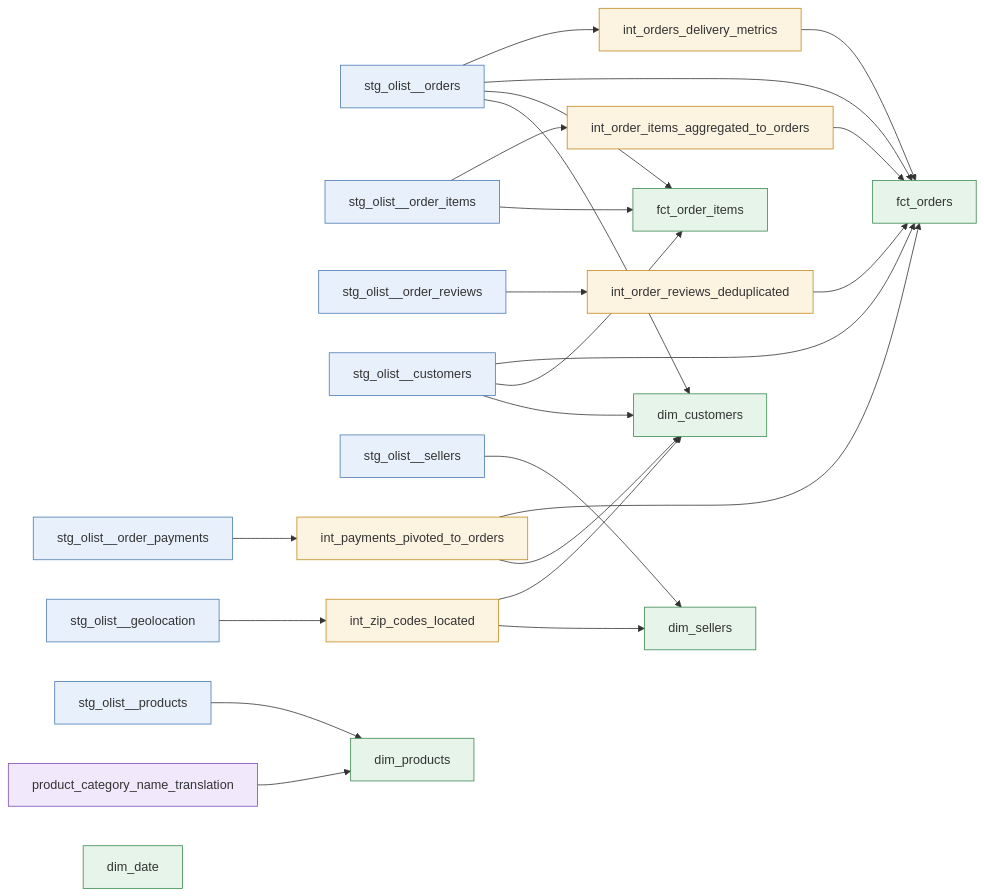
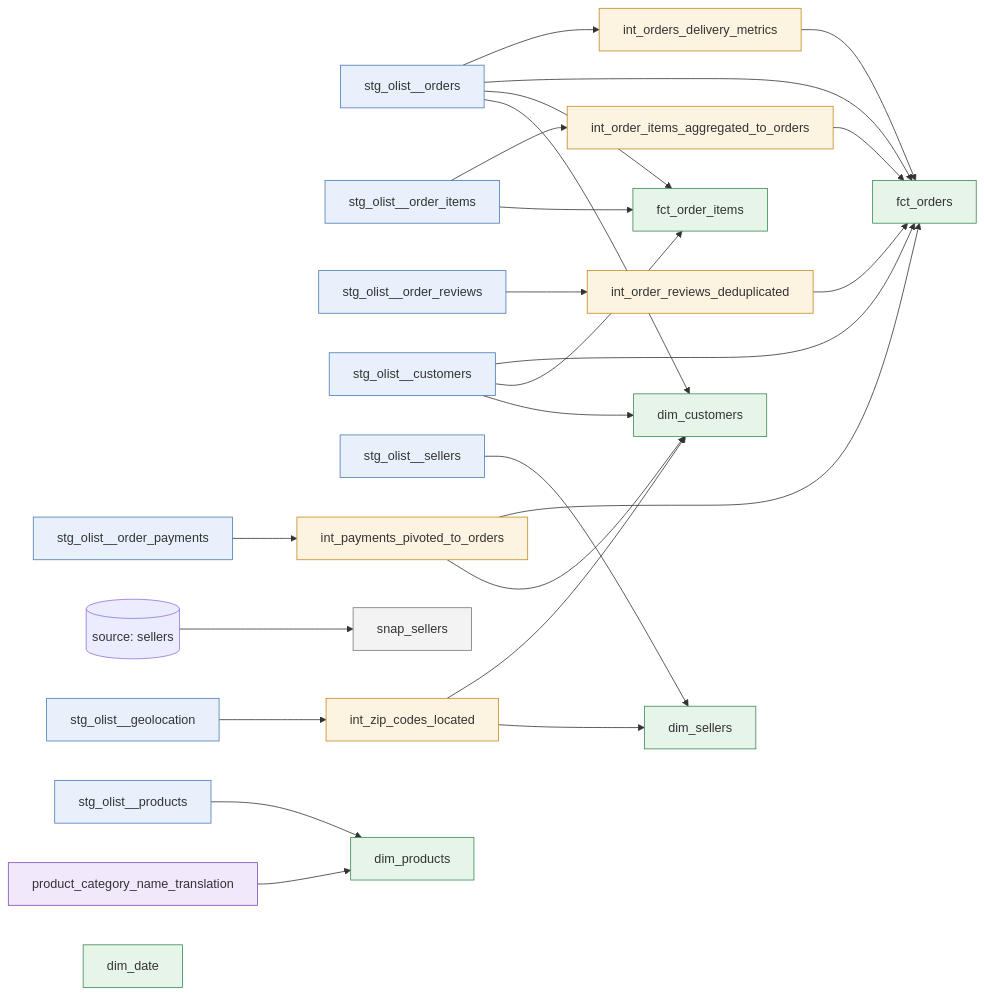
One commit to ShuCiG/olist-analytics-dbt changed the second of 4 diagrams in README.md. Above: the diagram before and after it, drawn with Mermaid. The commit also changed other lines of this file and 15 other files, not shown here.

````diff
--- a/README.md
+++ b/README.md
@@ -43,58 +44,63 @@
 ```mermaid
 flowchart LR
     classDef stg fill:#e8f1fb,stroke:#4a7ab5
     classDef int fill:#fdf3e1,stroke:#c48a1c
     classDef mart fill:#e6f4ea,stroke:#3a8a4f
     classDef seed fill:#f1e8fb,stroke:#7a4ab5
+    classDef snap fill:#f3f3f3,stroke:#777777
 
     stg_orders[stg_olist__orders]:::stg
     stg_items[stg_olist__order_items]:::stg
     stg_payments[stg_olist__order_payments]:::stg
     stg_reviews[stg_olist__order_reviews]:::stg
     stg_customers[stg_olist__customers]:::stg
     stg_products[stg_olist__products]:::stg
     stg_sellers[stg_olist__sellers]:::stg
     stg_geo[stg_olist__geolocation]:::stg
     translation[product_category_name_translation]:::seed
+    src_sellers[(source: sellers)]
+    snap_sellers:::snap
 
     int_pay[int_payments_pivoted_to_orders]:::int
     int_items[int_order_items_aggregated_to_orders]:::int
     int_delivery[int_orders_delivery_metrics]:::int
     int_reviews[int_order_reviews_deduplicated]:::int
     int_zip[int_zip_codes_located]:::int
 
     fct_orders:::mart
     fct_order_items:::mart
     dim_customers:::mart
     dim_sellers:::mart
     dim_products:::mart
     dim_date:::mart
 
     stg_payments --> int_pay
     stg_items --> int_items
     stg_orders --> int_delivery
     stg_reviews --> int_reviews
     stg_geo --> int_zip
 
     stg_orders --> fct_orders
     stg_customers --> fct_orders
     int_items --> fct_orders
     int_pay --> fct_orders
     int_delivery --> fct_orders
     int_reviews --> fct_orders
 
     stg_items --> fct_order_items
     stg_orders --> fct_order_items
     stg_customers --> fct_order_items
 
     stg_customers --> dim_customers
     stg_orders --> dim_customers
     int_pay --> dim_customers
     int_zip --> dim_customers
 
     stg_sellers --> dim_sellers
     int_zip --> dim_sellers
 
     stg_products --> dim_products
     translation --> dim_products
+
+    src_sellers --> snap_sellers
 ```
````
